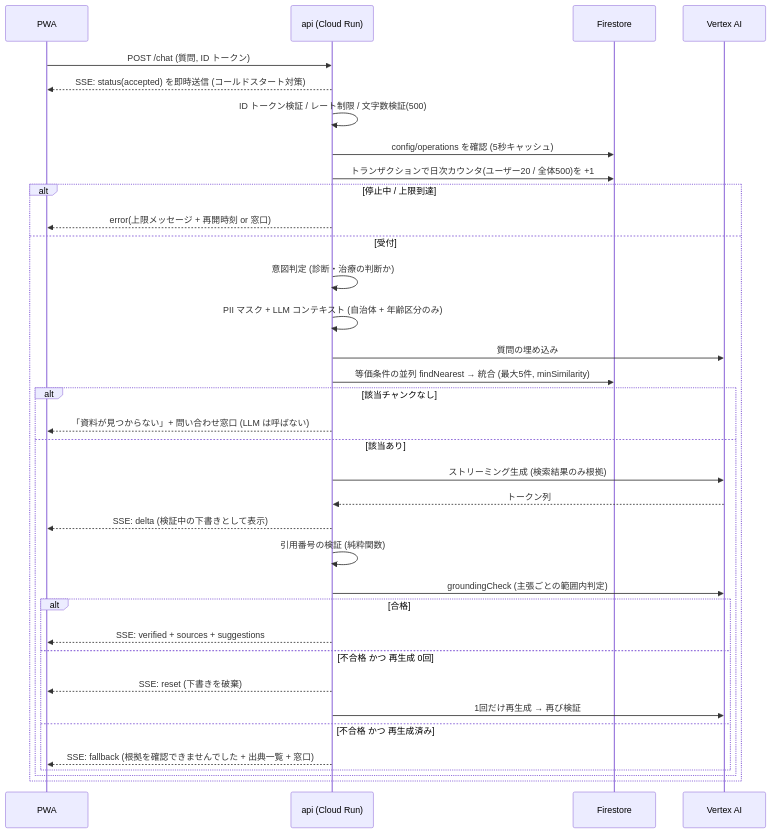
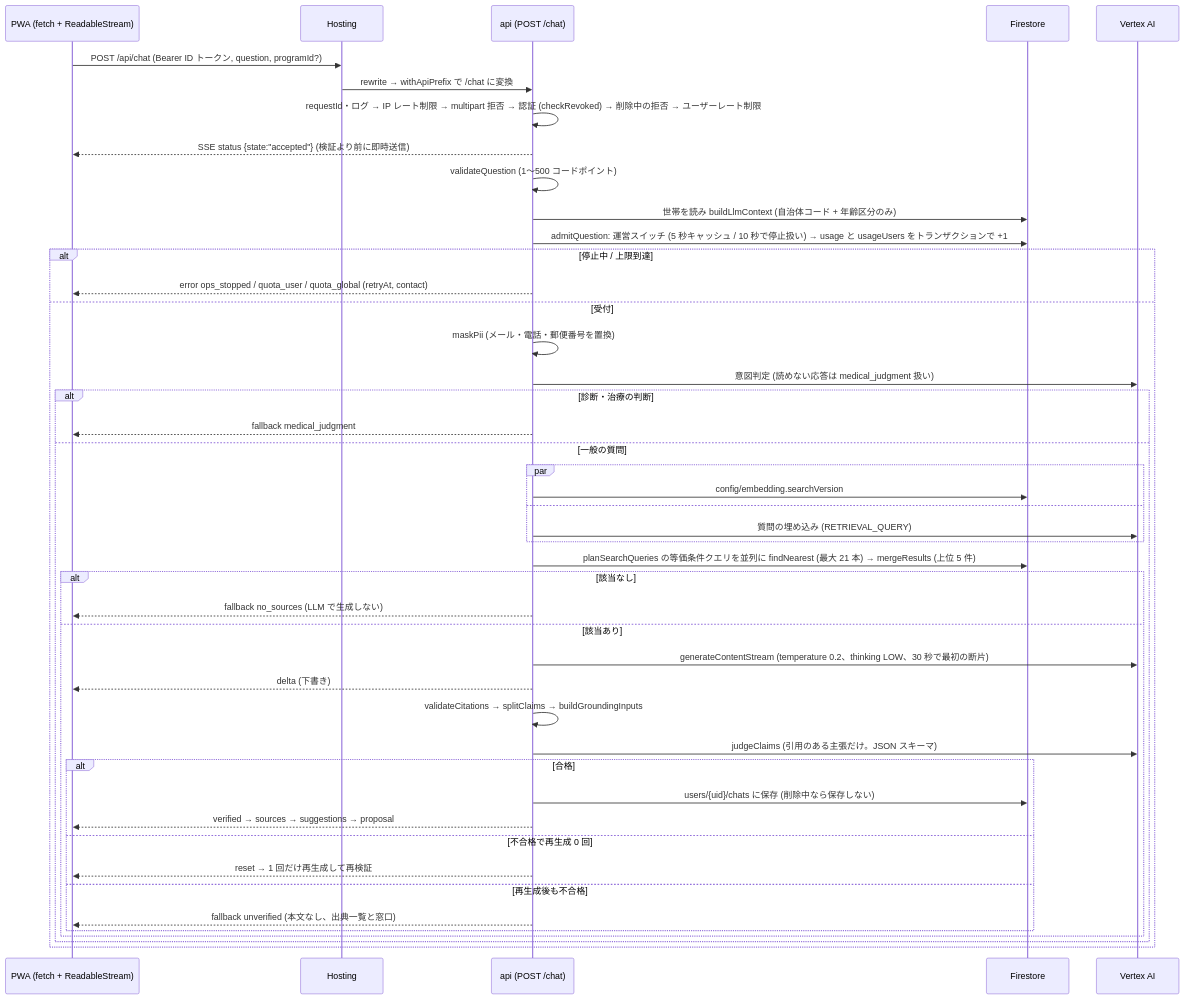
One commit to Devfest-Hackathon-2026/df-2026-t004 changed the third of 6 diagrams in .kiro/specs/childcare-medical-welfare-navi/design.md. Above: the diagram before and after it, drawn with Mermaid. The commit also changed other lines of this file, not shown here.

First line of the commit message:
spec: rewrite design to match the implemented architecture

````diff
--- a/.kiro/specs/childcare-medical-welfare-navi/design.md
+++ b/.kiro/specs/childcare-medical-welfare-navi/design.md
@@ -152,38 +198,48 @@
 ```mermaid
 sequenceDiagram
-  participant U as PWA
-  participant A as api (Cloud Run)
+  participant U as PWA (fetch + ReadableStream)
+  participant H as Hosting
+  participant A as api (POST /chat)
   participant F as Firestore
   participant V as Vertex AI
 
-  U->>A: POST /chat (質問, ID トークン)
-  A-->>U: SSE: status(accepted) を即時送信 (コールドスタート対策)
-  A->>A: ID トークン検証 / レート制限 / 文字数検証(500)
-  A->>F: config/operations を確認 (5秒キャッシュ)
-  A->>F: トランザクションで日次カウンタ(ユーザー20 / 全体500)を +1
+  U->>H: POST /api/chat (Bearer ID トークン, question, programId?)
+  H->>A: rewrite → withApiPrefix で /chat に変換
+  A->>A: requestId・ログ → IP レート制限 → multipart 拒否 → 認証 (checkRevoked) → 削除中の拒否 → ユーザーレート制限
+  A-->>U: SSE status {state:"accepted"} (検証より前に即時送信)
+  A->>A: validateQuestion (1〜500 コードポイント)
+  A->>F: 世帯を読み buildLlmContext (自治体コード + 年齢区分のみ)
+  A->>F: admitQuestion: 運営スイッチ (5 秒キャッシュ / 10 秒で停止扱い) → usage と usageUsers をトランザクションで +1
   alt 停止中 / 上限到達
-    A-->>U: error(上限メッセージ + 再開時刻 or 窓口)
+    A-->>U: error ops_stopped / quota_user / quota_global (retryAt, contact)
   else 受付
-    A->>A: 意図判定 (診断・治療の判断か)
-    A->>A: PII マスク + LLM コンテキスト (自治体 + 年齢区分のみ)
-    A->>V: 質問の埋め込み
-    A->>F: 等価条件の並列 findNearest → 統合 (最大5件, minSimilarity)
-    alt 該当チャンクなし
-      A-->>U: 「資料が見つからない」+ 問い合わせ窓口 (LLM は呼ばない)
-    else 該当あり
-      A->>V: ストリーミング生成 (検索結果のみ根拠)
-      V-->>A: トークン列
-      A-->>U: SSE: delta (検証中の下書きとして表示)
-      A->>A: 引用番号の検証 (純粋関数)
-      A->>V: groundingCheck (主張ごとの範囲内判定)
-      alt 合格
-        A-->>U: SSE: verified + sources + suggestions
-      else 不合格 かつ 再生成 0回
-        A-->>U: SSE: reset (下書きを破棄)
-        A->>V: 1回だけ再生成 → 再び検証
-      else 不合格 かつ 再生成済み
-        A-->>U: SSE: fallback (根拠を確認できませんでした + 出典一覧 + 窓口)
+    A->>A: maskPii (メール・電話・郵便番号を置換)
+    A->>V: 意図判定 (読めない応答は medical_judgment 扱い)
+    alt 診断・治療の判断
+      A-->>U: fallback medical_judgment
+    else 一般の質問
+      par
+        A->>F: config/embedding.searchVersion
+      and
+        A->>V: 質問の埋め込み (RETRIEVAL_QUERY)
+      end
+      A->>F: planSearchQueries の等価条件クエリを並列に findNearest (最大 21 本) → mergeResults (上位 5 件)
+      alt 該当なし
+        A-->>U: fallback no_sources (LLM で生成しない)
+      else 該当あり
+        A->>V: generateContentStream (temperature 0.2、thinking LOW、30 秒で最初の断片)
+        A-->>U: delta (下書き)
+        A->>A: validateCitations → splitClaims → buildGroundingInputs
+        A->>V: judgeClaims (引用のある主張だけ。JSON スキーマ)
+        alt 合格
+          A->>F: users/{uid}/chats に保存 (削除中なら保存しない)
+          A-->>U: verified → sources → suggestions → proposal
+        else 不合格で再生成 0 回
+          A-->>U: reset → 1 回だけ再生成して再検証
+        else 再生成後も不合格
+          A-->>U: fallback unverified (本文なし、出典一覧と窓口)
+        end
       end
     end
   end
 ```
````
